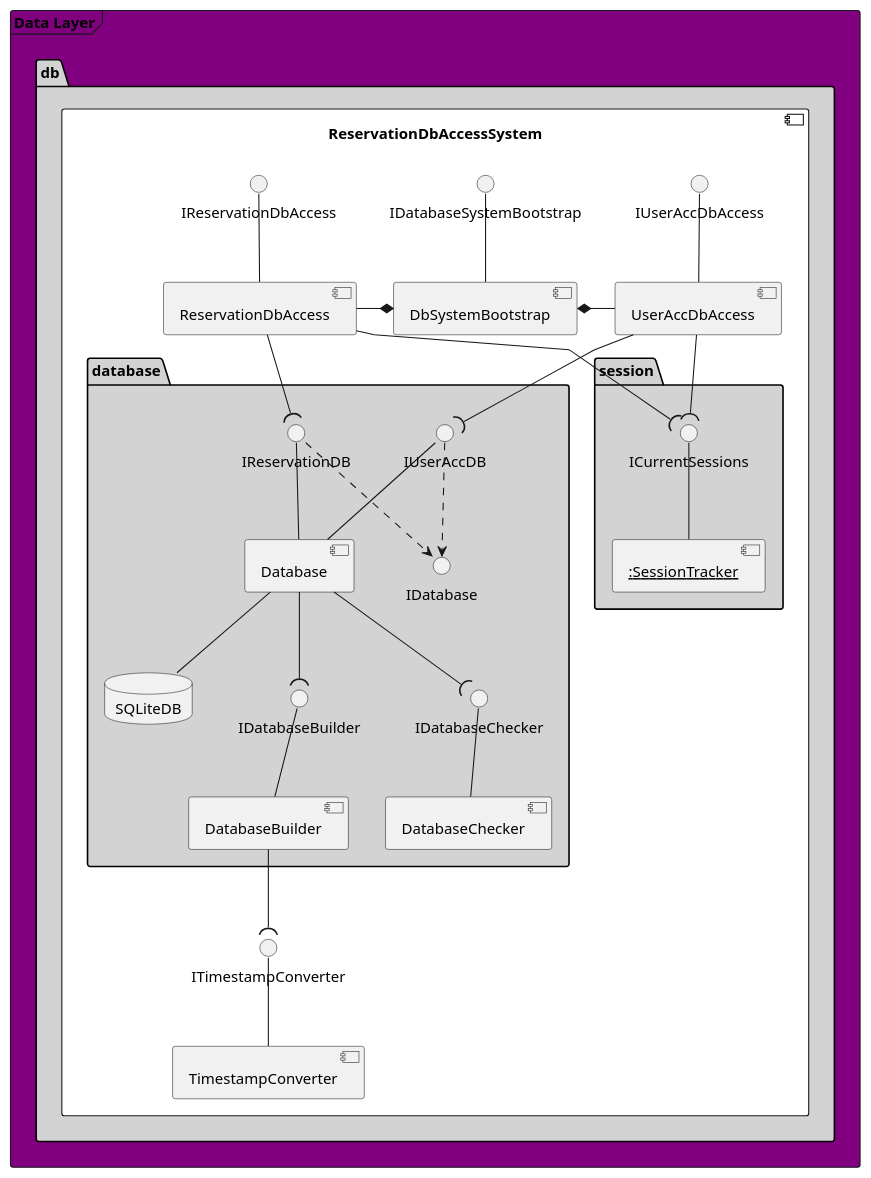
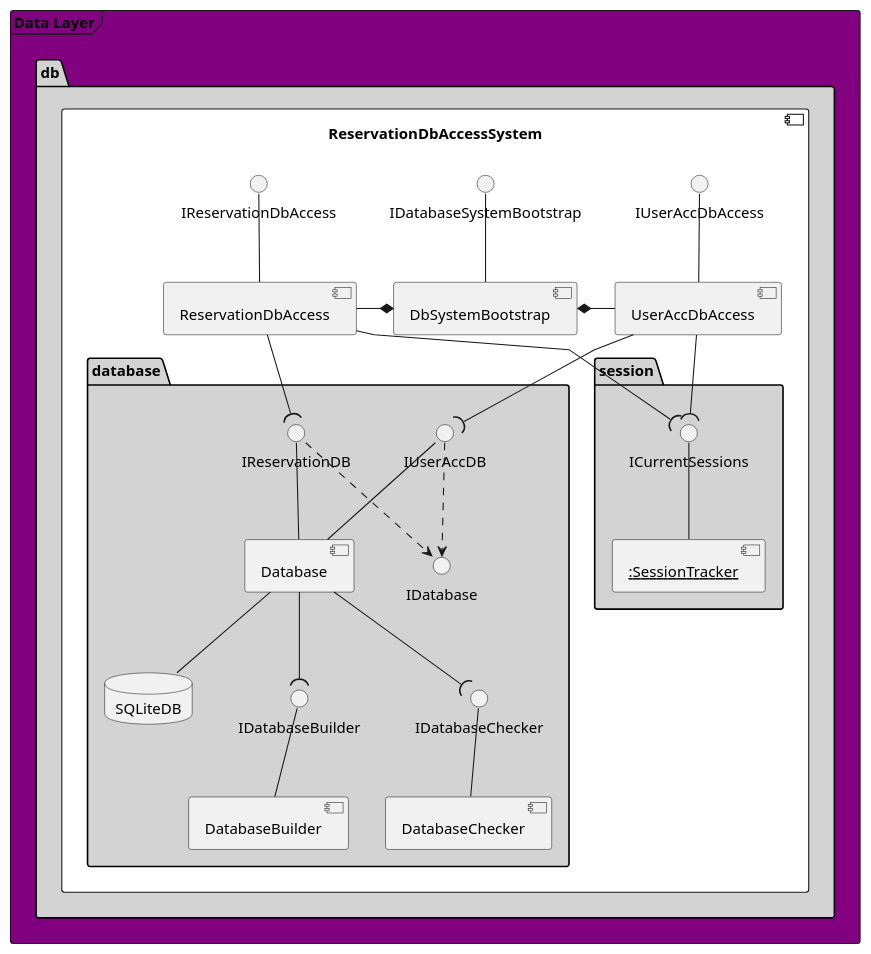
Before and after one commit to BBKbeam/mtRooms: the diagram in docs/uml/architecture/data_layer.puml, drawn with PlantUML. The commit also changed 3 other files, not shown here.

Commit message:
[uml] Removed the TimeStampConverter component from the Data Layer as redundant now.

```diff
--- a/docs/uml/architecture/data_layer.puml
+++ b/docs/uml/architecture/data_layer.puml
@@ -1,48 +1,46 @@
 @startuml
 
 'skinparam linetype ortho
 skinparam linetype polyline
 'skinparam monochrome true
 
 skinparam package {
     backgroundColor lightgrey
 }
 
 
 frame "Data Layer" #purple {
     package "db" {
         component ReservationDbAccessSystem #white {
             package "database" {
                 database SQLiteDB as DB
                 IReservationDB -- [Database]
                 IUserAccDB -- [Database]
                 IReservationDB ..> IDatabase
                 IUserAccDB ..> IDatabase
                 IDatabaseBuilder -- [DatabaseBuilder]
                 IDatabaseChecker -- [DatabaseChecker]
 
                 [Database] -down- DB
                 [Database] --( IDatabaseBuilder
                 [Database] --( IDatabaseChecker
             }
             package "session" {
                 [<u>:SessionTracker] as SessionTracker
                 ICurrentSessions -- [SessionTracker]
             }
             IReservationDbAccess -- [ReservationDbAccess]
             IUserAccDbAccess -- [UserAccDbAccess]
             IDatabaseSystemBootstrap -- [DbSystemBootstrap]
-            ITimestampConverter -- [TimestampConverter]
 
-            DatabaseBuilder --( ITimestampConverter
             DbSystemBootstrap *-left- ReservationDbAccess
             DbSystemBootstrap *-right- UserAccDbAccess
             ReservationDbAccess --( ICurrentSessions
             ReservationDbAccess --( IReservationDB
             UserAccDbAccess --( IUserAccDB
             UserAccDbAccess --( ICurrentSessions
         }
     }
 }
 
 @enduml
```
